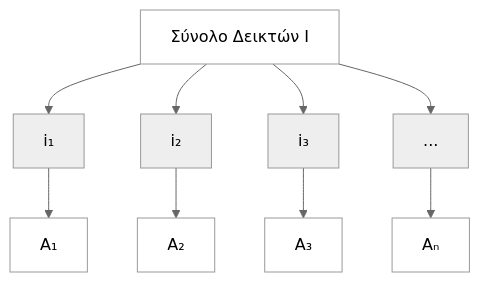
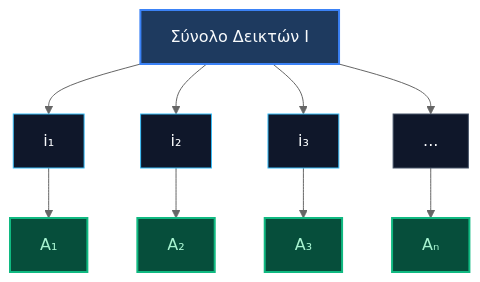
Before and after one commit to PanagopoulosNikolaos/DitOpenNotes: the first of 2 diagrams in Year_1/Semester_2/DISCRETE_MATHEMATICS/Resources/Notes/04_indexed_sets_and_well_ordering.md, drawn with Mermaid (neutral theme). The commit also changed other lines of this file and 6 other files, not shown here.

````diff
--- a/Year_1/Semester_2/DISCRETE_MATHEMATICS/Resources/Notes/04_indexed_sets_and_well_ordering.md
+++ b/Year_1/Semester_2/DISCRETE_MATHEMATICS/Resources/Notes/04_indexed_sets_and_well_ordering.md
@@ -13,17 +13,21 @@
 ```mermaid
 graph TD
-    I[Σύνολο Δεικτών I] --> i1[i₁]
-    I --> i2[i₂] 
-    I --> i3[i₃]
-    I --> dots[...]
-    i1 --> A1[A₁]
-    i2 --> A2[A₂]
-    i3 --> A3[A₃]
-    dots --> An[Aₙ]
+    I["Σύνολο Δεικτών I"] --> i1["i₁"]
+    I --> i2["i₂"] 
+    I --> i3["i₃"]
+    I --> dots["..."]
+    i1 --> A1["A₁"]
+    i2 --> A2["A₂"]
+    i3 --> A3["A₃"]
+    dots --> An["Aₙ"]
     
-    style I fill:#ffffff
-    style A1 fill:#ffffff
-    style A2 fill:#ffffff
-    style A3 fill:#ffffff
-    style An fill:#ffffff
+    style I fill:#1e3a5f,stroke:#3b82f6,stroke-width:2px,color:#f8fafc
+    style i1 fill:#0f172a,stroke:#38bdf8,color:#f8fafc
+    style i2 fill:#0f172a,stroke:#38bdf8,color:#f8fafc
+    style i3 fill:#0f172a,stroke:#38bdf8,color:#f8fafc
+    style dots fill:#0f172a,stroke:#475569,color:#f8fafc
+    style A1 fill:#064e3b,stroke:#10b981,stroke-width:2px,color:#a7f3d0
+    style A2 fill:#064e3b,stroke:#10b981,stroke-width:2px,color:#a7f3d0
+    style A3 fill:#064e3b,stroke:#10b981,stroke-width:2px,color:#a7f3d0
+    style An fill:#064e3b,stroke:#10b981,stroke-width:2px,color:#a7f3d0
 ```
````
